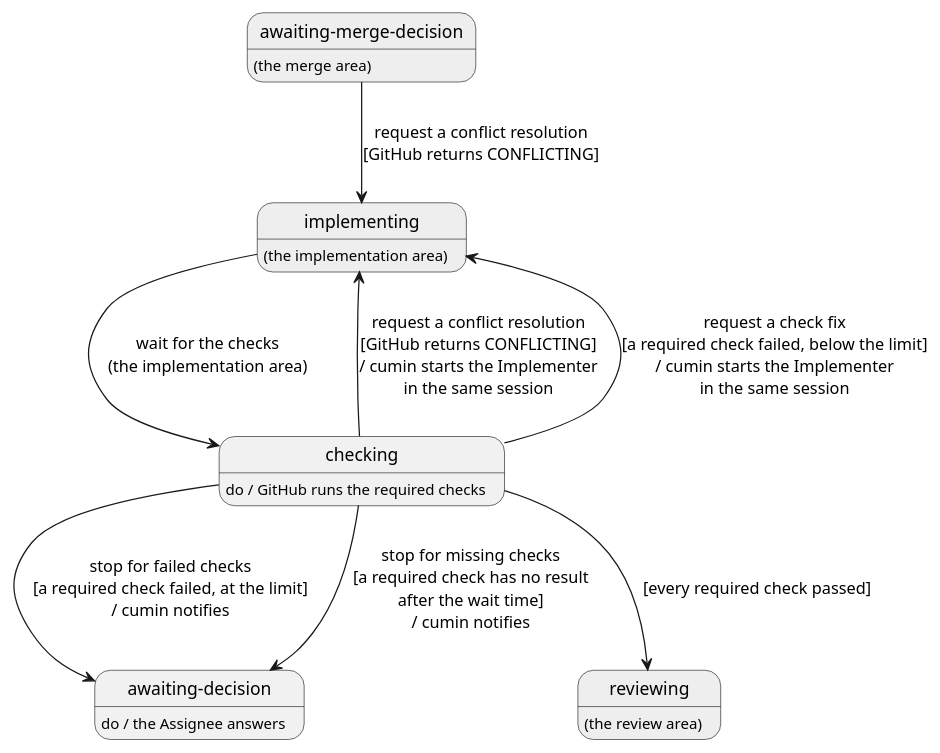
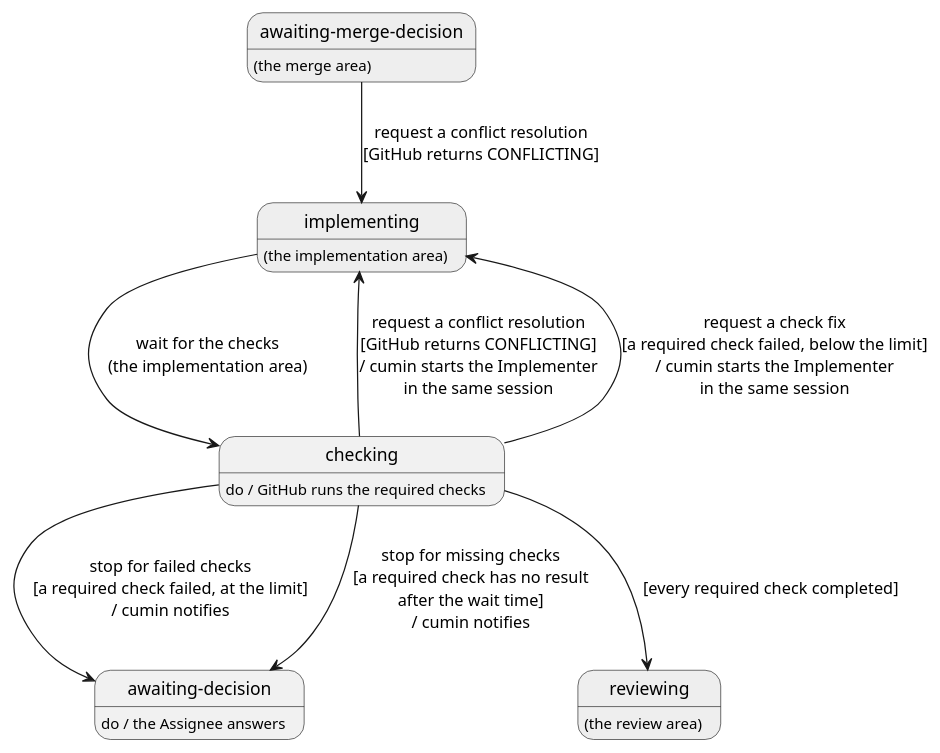
The diagram in docs/ja/requirements/check/overview.puml (cloveclovedev/cumin-works), drawn with PlantUML before and after one commit. The commit also changed 2 other files, not shown here.

```diff
--- a/docs/ja/requirements/check/overview.puml
+++ b/docs/ja/requirements/check/overview.puml
@@ -1,32 +1,32 @@
 @startuml overview
 ' cumin-works - the states of an implementation issue in the check stage.
 ' A state is a label on GitHub, written without "cumin/status/". "do /" says who works in the state.
 ' A transition is written: action [guard] / what cumin does. A gray state belongs to another area.
 ' Render: run scripts/render-diagrams.sh at the root of the repository.
 
 hide empty description
 
 state "implementing" as Implementing #EEEEEE
 Implementing : (the implementation area)
 
 state "checking" as Checking
 Checking : do / GitHub runs the required checks
 
 state "awaiting-decision" as Decision
 Decision : do / the Assignee answers
 
 state "reviewing" as Reviewing #EEEEEE
 Reviewing : (the review area)
 
 state "awaiting-merge-decision" as MergeDecision #EEEEEE
 MergeDecision : (the merge area)
 
 Implementing --> Checking : wait for the checks\n(the implementation area)
 Checking --> Implementing : request a conflict resolution\n[GitHub returns CONFLICTING]\n/ cumin starts the Implementer\nin the same session
 Checking --> Implementing : request a check fix\n[a required check failed, below the limit]\n/ cumin starts the Implementer\nin the same session
 Checking --> Decision : stop for failed checks\n[a required check failed, at the limit]\n/ cumin notifies
 Checking --> Decision : stop for missing checks\n[a required check has no result\nafter the wait time]\n/ cumin notifies
 MergeDecision --> Implementing : request a conflict resolution\n[GitHub returns CONFLICTING]
-Checking --> Reviewing : [every required check passed]
+Checking --> Reviewing : [every required check completed]
 
 @enduml
```
